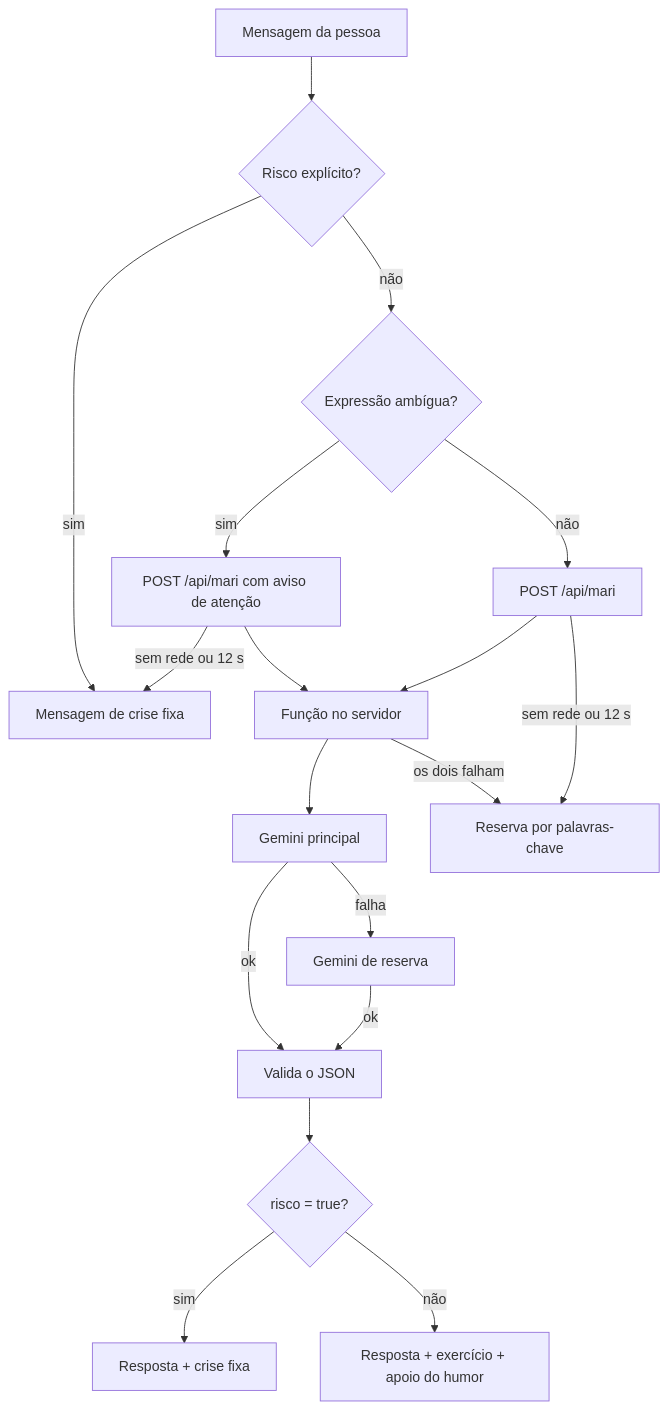
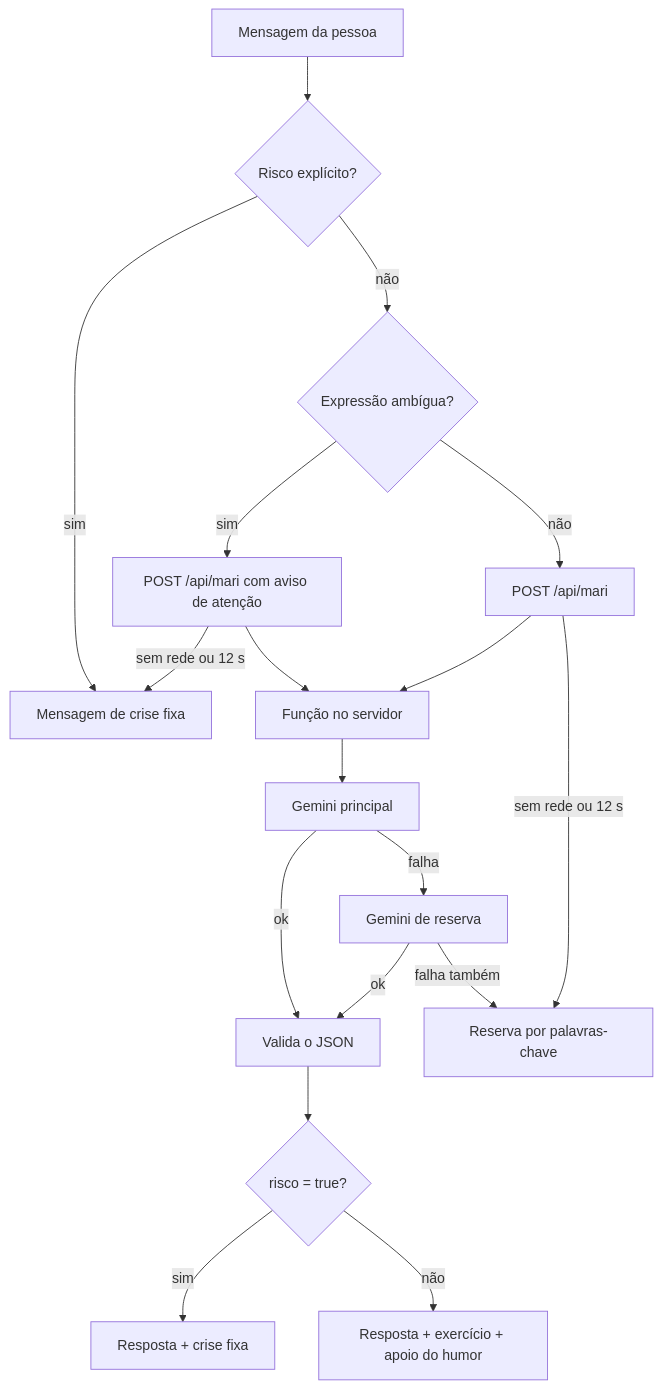
One commit to MERECHIA/mari-assistente changed the diagram in docs/fluxo-mari.mmd. Above: the diagram before and after it, drawn with Mermaid. The commit also changed 1 other file, not shown here.

Commit message:
Reorganiza o diagrama de fluxo da Mari para evitar setas cruzadas
A reserva por palavras-chave agora sai do Gemini de reserva, e as rotas
sem rede ou 12 s ficam cada uma do seu lado.

```diff
--- a/docs/fluxo-mari.mmd
+++ b/docs/fluxo-mari.mmd
@@ -1,18 +1,18 @@
 flowchart TD
     A[Mensagem da pessoa] --> B{Risco explícito?}
     B -- sim --> C[Mensagem de crise fixa]
     B -- não --> B2{Expressão ambígua?}
     B2 -- sim --> D2[POST /api/mari com aviso de atenção]
     B2 -- não --> D[POST /api/mari]
-    D2 --> E
-    D --> E[Função no servidor]
+    D2 -- sem rede ou 12 s --> C
+    D2 --> E[Função no servidor]
+    D --> E
+    D -- sem rede ou 12 s --> L[Reserva por palavras-chave]
     E --> F[Gemini principal]
+    F -- ok --> H[Valida o JSON]
     F -- falha --> G[Gemini de reserva]
-    F -- ok --> H[Valida o JSON]
     G -- ok --> H
+    G -- falha também --> L
     H --> I{risco = true?}
     I -- sim --> J[Resposta + crise fixa]
     I -- não --> K[Resposta + exercício + apoio do humor]
-    E -- os dois falham --> L[Reserva por palavras-chave]
-    D -- sem rede ou 12 s --> L
-    D2 -- sem rede ou 12 s --> C
```
